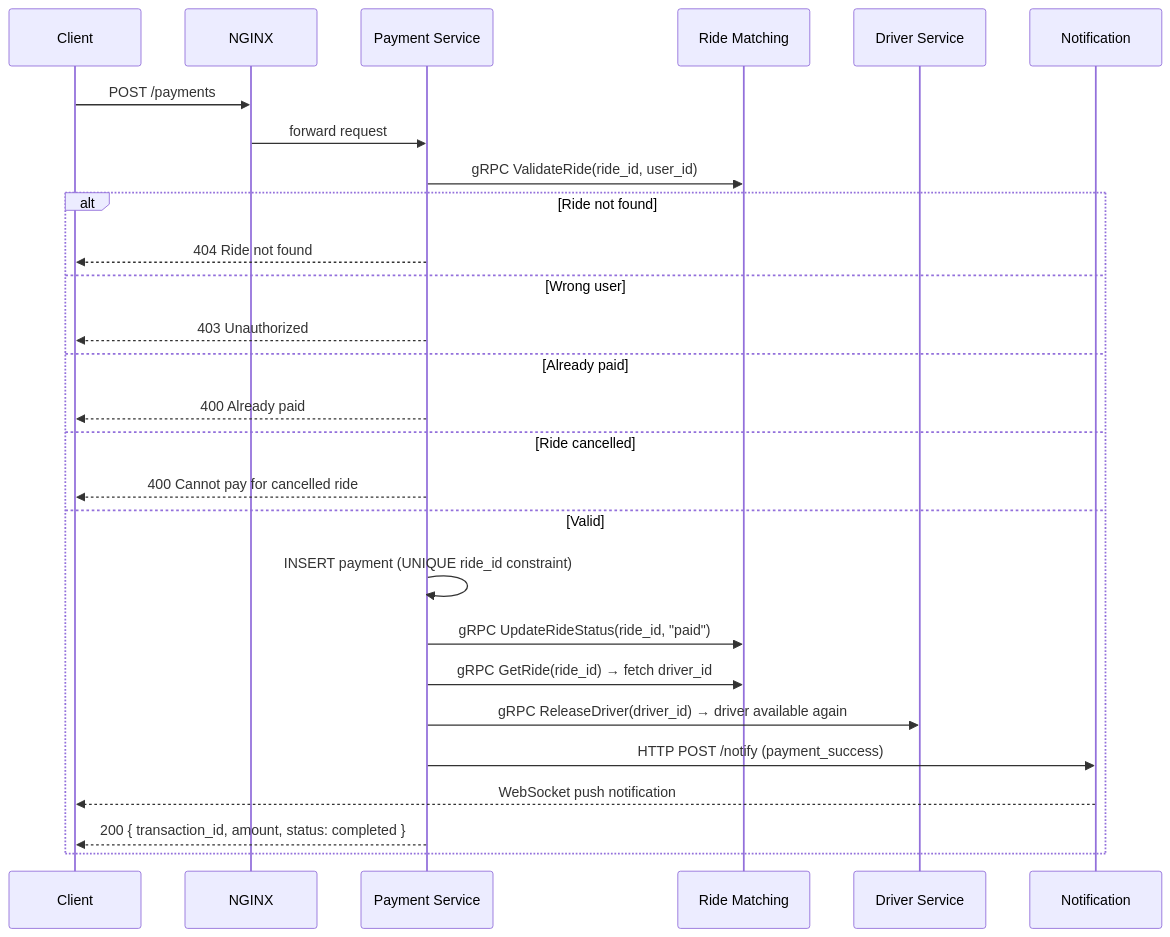
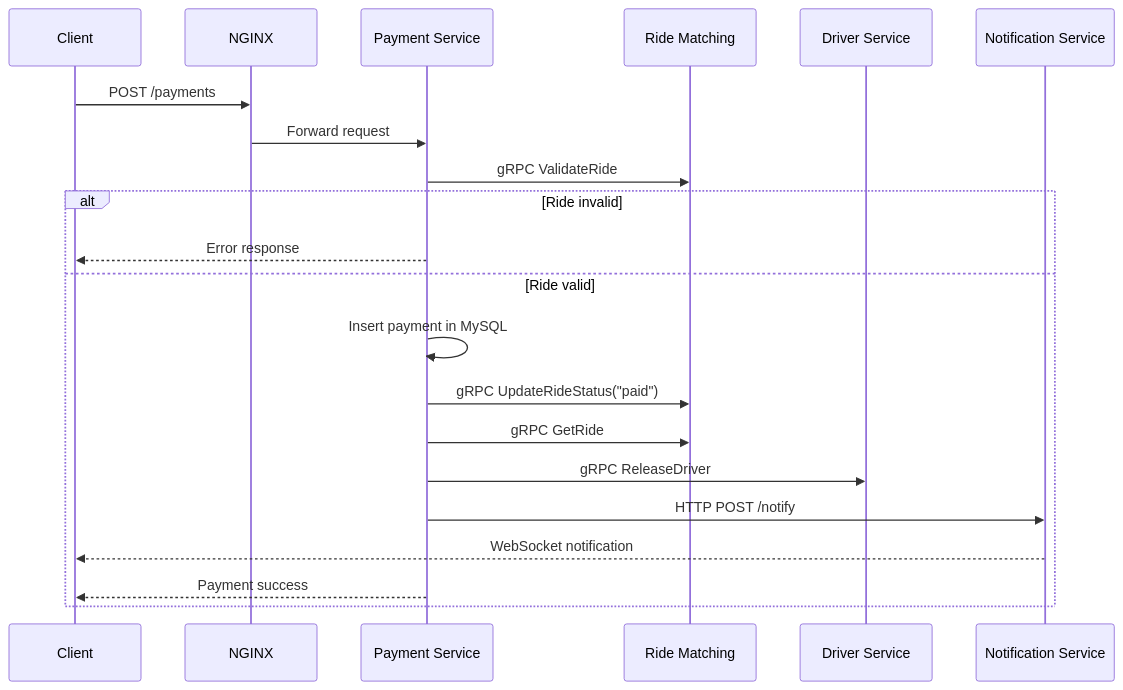
One commit to aaditya2210/ride-booking-modified changed the third of 3 diagrams in README.md. Above: the diagram before and after it, drawn with Mermaid. The commit also changed other lines of this file and 26 other files, not shown here.

````diff
--- a/README.md
+++ b/README.md
@@ -272,32 +284,25 @@
 ```mermaid
 sequenceDiagram
     participant C as Client
     participant N as NGINX
     participant PAY as Payment Service
     participant RMS as Ride Matching
     participant DS as Driver Service
-    participant NS as Notification
+    participant NS as Notification Service
 
     C->>N: POST /payments
-    N->>PAY: forward request
+    N->>PAY: Forward request
+    PAY->>RMS: gRPC ValidateRide
 
-    PAY->>RMS: gRPC ValidateRide(ride_id, user_id)
-
-    alt Ride not found
-        PAY-->>C: 404 Ride not found
-    else Wrong user
-        PAY-->>C: 403 Unauthorized
-    else Already paid
-        PAY-->>C: 400 Already paid
-    else Ride cancelled
-        PAY-->>C: 400 Cannot pay for cancelled ride
-    else Valid
-        PAY->>PAY: INSERT payment (UNIQUE ride_id constraint)
-        PAY->>RMS: gRPC UpdateRideStatus(ride_id, "paid")
-        PAY->>RMS: gRPC GetRide(ride_id) → fetch driver_id
-        PAY->>DS: gRPC ReleaseDriver(driver_id) → driver available again
-        PAY->>NS: HTTP POST /notify (payment_success)
-        NS-->>C: WebSocket push notification
-        PAY-->>C: 200 { transaction_id, amount, status: completed }
+    alt Ride invalid
+        PAY-->>C: Error response
+    else Ride valid
+        PAY->>PAY: Insert payment in MySQL
+        PAY->>RMS: gRPC UpdateRideStatus("paid")
+        PAY->>RMS: gRPC GetRide
+        PAY->>DS: gRPC ReleaseDriver
+        PAY->>NS: HTTP POST /notify
+        NS-->>C: WebSocket notification
+        PAY-->>C: Payment success
     end
 ```
````
